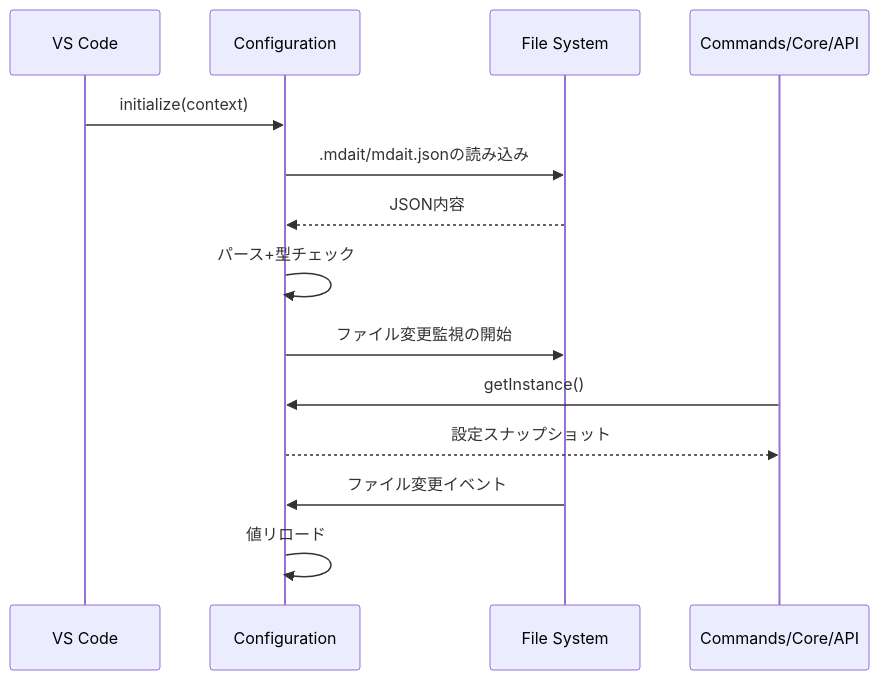
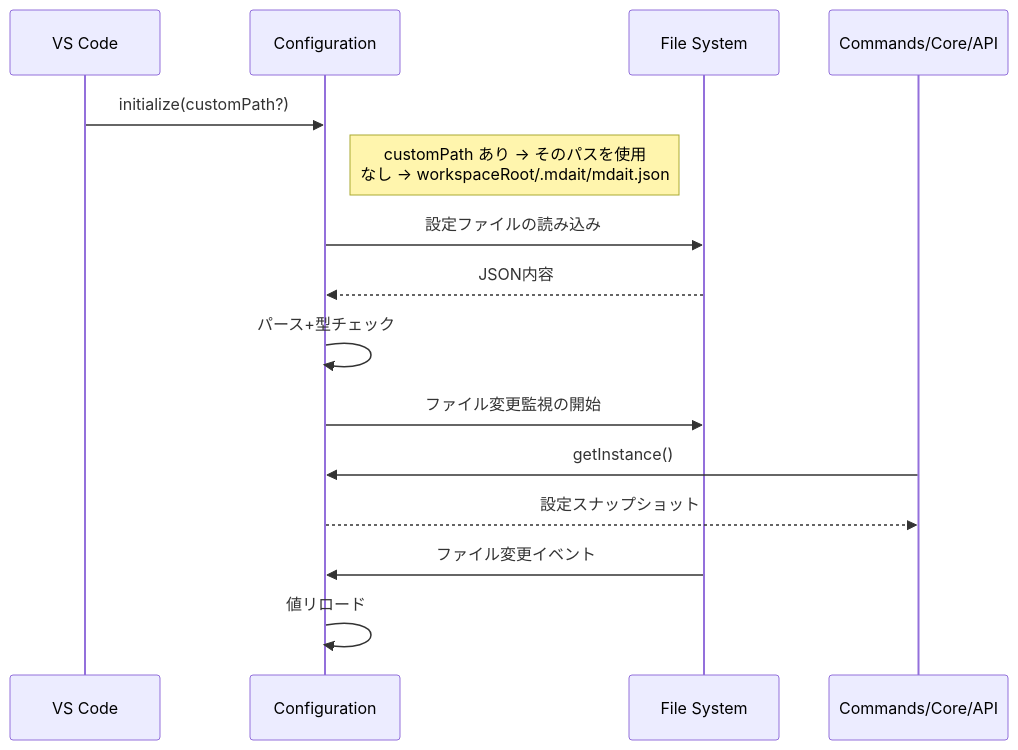
One commit to mochimochiki/mdait changed the diagram in docs/design/config.md. Above: the diagram before and after it, drawn with Mermaid. The commit also changed other lines of this file and 14 other files, not shown here.

````diff
--- a/docs/design/config.md
+++ b/docs/design/config.md
@@ -36,17 +37,18 @@
 ```mermaid
 sequenceDiagram
 		participant VS as VS Code
 		participant Cfg as Configuration
 		participant FS as File System
 		participant Caller as Commands/Core/API
 
-		VS->>Cfg: initialize(context)
-		Cfg->>FS: .mdait/mdait.jsonの読み込み
+		VS->>Cfg: initialize(customPath?)
+		Note right of Cfg: customPath あり → そのパスを使用<br/>なし → workspaceRoot/.mdait/mdait.json
+		Cfg->>FS: 設定ファイルの読み込み
 		FS-->>Cfg: JSON内容
 		Cfg->>Cfg: パース+型チェック
 		Cfg->>FS: ファイル変更監視の開始
 		Caller->>Cfg: getInstance()
 		Cfg-->>Caller: 設定スナップショット
 		FS->>Cfg: ファイル変更イベント
 		Cfg->>Cfg: 値リロード
 ```
````
